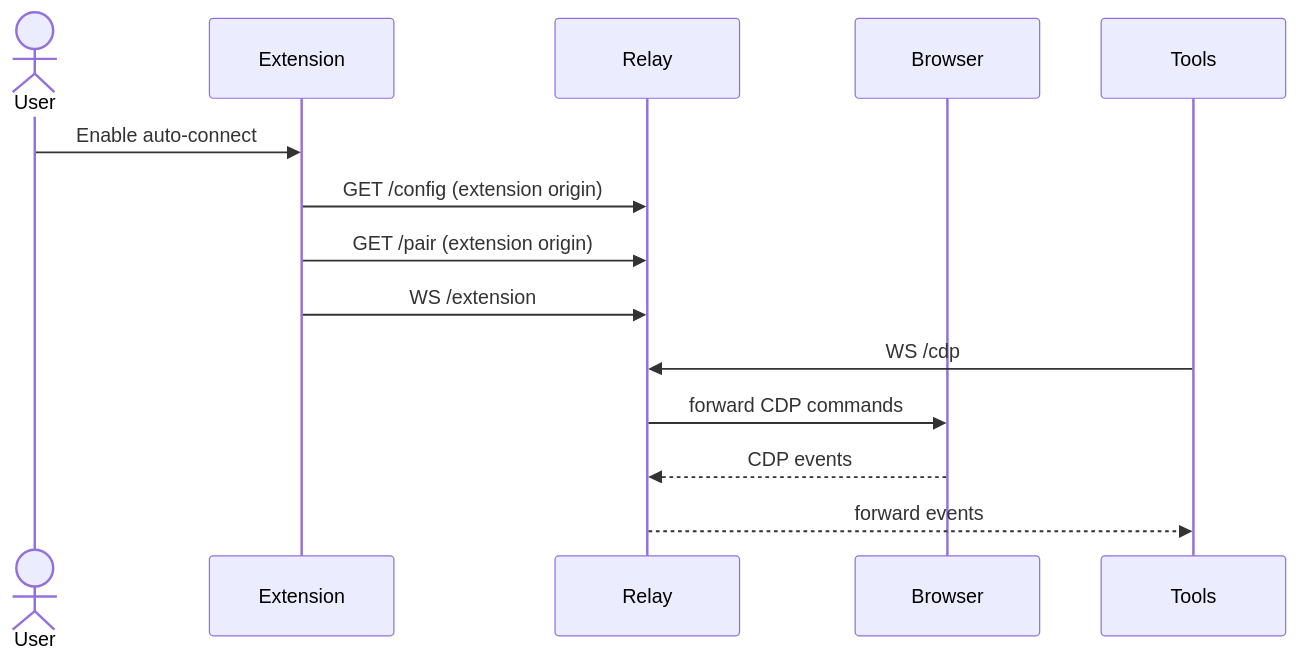
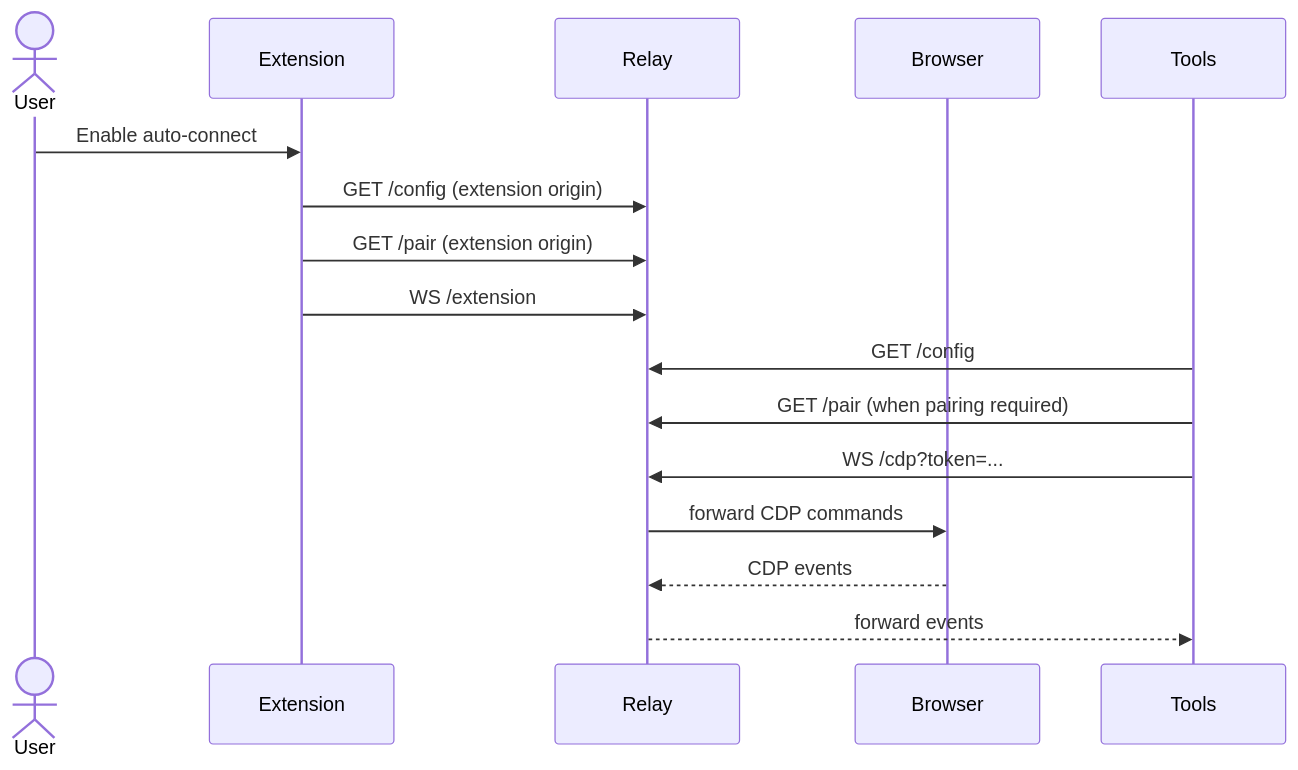
The third of 3 diagrams in docs/ARCHITECTURE.md (freshtechbro/opendevbrowser), drawn with Mermaid before and after one commit. The commit also changed other lines of this file and 6 other files, not shown here.

````diff
--- a/docs/ARCHITECTURE.md
+++ b/docs/ARCHITECTURE.md
@@ -89,17 +89,19 @@
 ```mermaid
 sequenceDiagram
   actor User
   participant Extension
   participant Relay
   participant Browser
   participant Tools
 
   User->>Extension: Enable auto-connect
   Extension->>Relay: GET /config (extension origin)
   Extension->>Relay: GET /pair (extension origin)
   Extension->>Relay: WS /extension
-  Tools->>Relay: WS /cdp
+  Tools->>Relay: GET /config
+  Tools->>Relay: GET /pair (when pairing required)
+  Tools->>Relay: WS /cdp?token=...
   Relay->>Browser: forward CDP commands
   Browser-->>Relay: CDP events
   Relay-->>Tools: forward events
 ```
````
